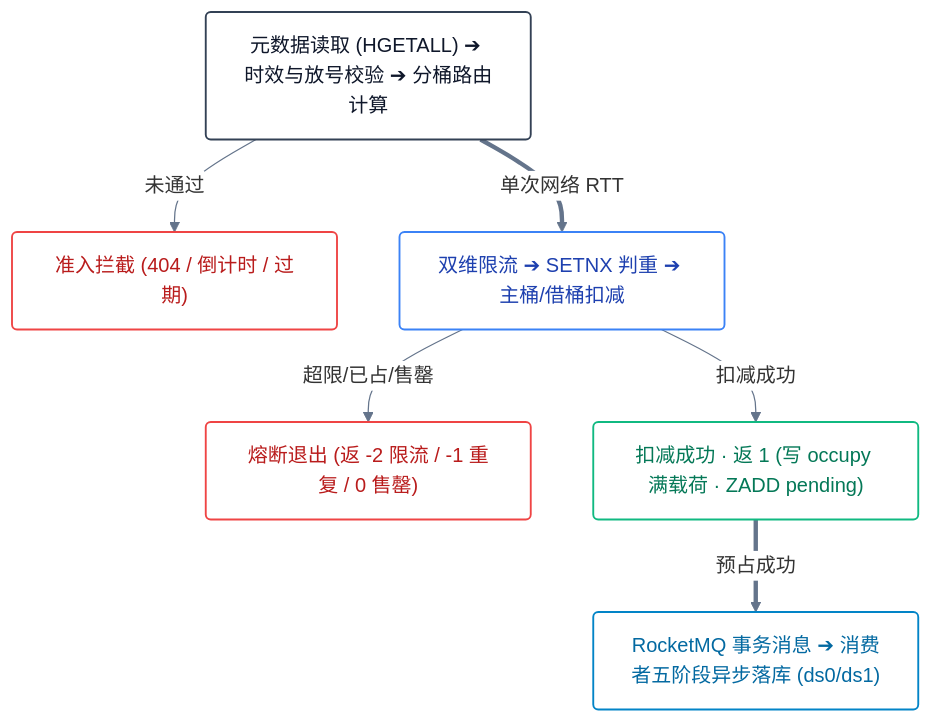
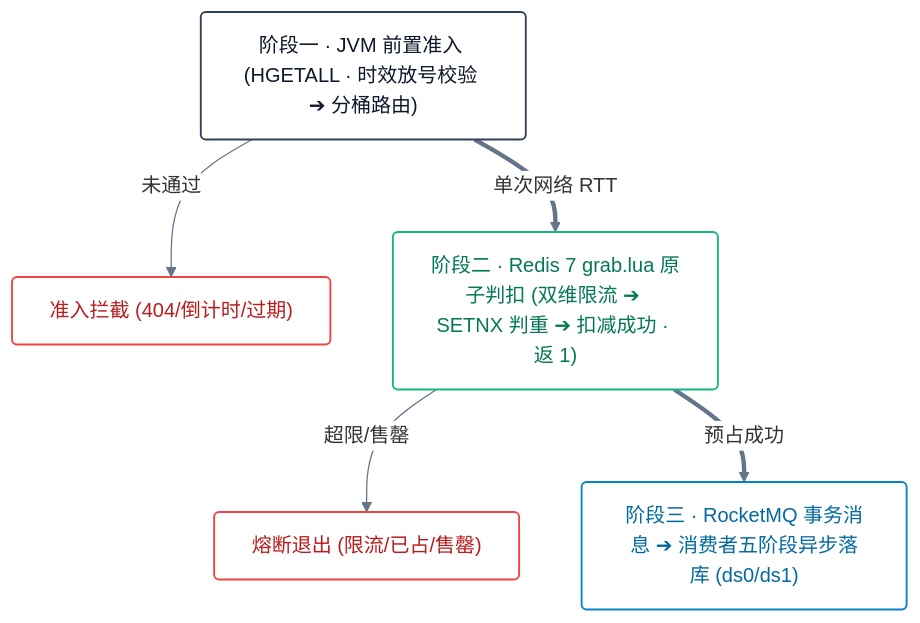
Before and after one commit to s1oopX/ReserveX: the second of 2 diagrams in README.md, drawn with Mermaid. The commit also changed other lines of this file, not shown here.

Commit message:
docs: further compact ReserveX diagrams to ultra-sleek 3-tier height

````diff
--- a/README.md
+++ b/README.md
@@ -203,30 +198,26 @@
 ```mermaid
 %%{init: {'theme': 'base', 'themeVariables': { 'edgeLabelBackground': '#ffffff', 'mainBkg': '#ffffff', 'lineColor': '#64748b' }}}%%
 flowchart TB
     classDef default fill:#ffffff,stroke:#334155,stroke-width:1.5px,color:#0f172a,rx:4px,ry:4px;
-    classDef decision fill:#ffffff,stroke:#3b82f6,stroke-width:1.5px,color:#1e40af,rx:4px,ry:4px;
     classDef reject fill:#ffffff,stroke:#ef4444,stroke-width:1.5px,color:#b91c1c,rx:4px,ry:4px;
     classDef success fill:#ffffff,stroke:#10b981,stroke-width:1.5px,color:#047857,rx:4px,ry:4px;
     classDef asyncStage fill:#ffffff,stroke:#0284c7,stroke-width:1.5px,color:#0369a1,rx:4px,ry:4px;
 
-    %% 阶段一：前置只读准入 (顶部)
-    S["元数据读取 (HGETALL) ➔ 时效与放号校验 ➔ 分桶路由计算"]:::default
-    E1["准入拦截 (404 / 倒计时 / 过期)"]:::reject
+    %% 阶段一：前置只读准入 (顶层)
+    S["阶段一 · JVM 前置准入 (HGETALL · 时效放号校验 ➔ 分桶路由)"]:::default
+    E1["准入拦截 (404/倒计时/过期)"]:::reject
 
-    %% 阶段二：Lua 原子判扣内核 (中部)
-    L2["双维限流 ➔ SETNX 判重 ➔ 主桶/借桶扣减"]:::decision
-    X2["熔断退出 (返 -2 限流 / -1 重复 / 0 售罄)"]:::reject
-    OK2["扣减成功 · 返 1 (写 occupy 满载荷 · ZADD pending)"]:::success
+    %% 阶段二：Lua 原子判扣内核 (中层)
+    L2["阶段二 · Redis 7 grab.lua 原子判扣 (双维限流 ➔ SETNX 判重 ➔ 扣减成功 · 返 1)"]:::success
+    X2["熔断退出 (限流/已占/售罄)"]:::reject
 
-    %% 阶段三：异步持久化闭环 (底部)
-    MQ["RocketMQ 事务消息 ➔ 消费者五阶段异步落库 (ds0/ds1)"]:::asyncStage
+    %% 阶段三：异步持久化闭环 (底层)
+    MQ["阶段三 · RocketMQ 事务消息 ➔ 消费者五阶段异步落库 (ds0/ds1)"]:::asyncStage
 
-    %% 阶段流转
+    %% 紧凑三阶流转
     S -->|"未通过"| E1
     S ==>|"单次网络 RTT"| L2
 
-    L2 -->|"超限/已占/售罄"| X2
-    L2 -->|"扣减成功"| OK2
-
-    OK2 ==>|"预占成功"| MQ
+    L2 -->|"超限/售罄"| X2
+    L2 ==>|"预占成功"| MQ
 ```
````
